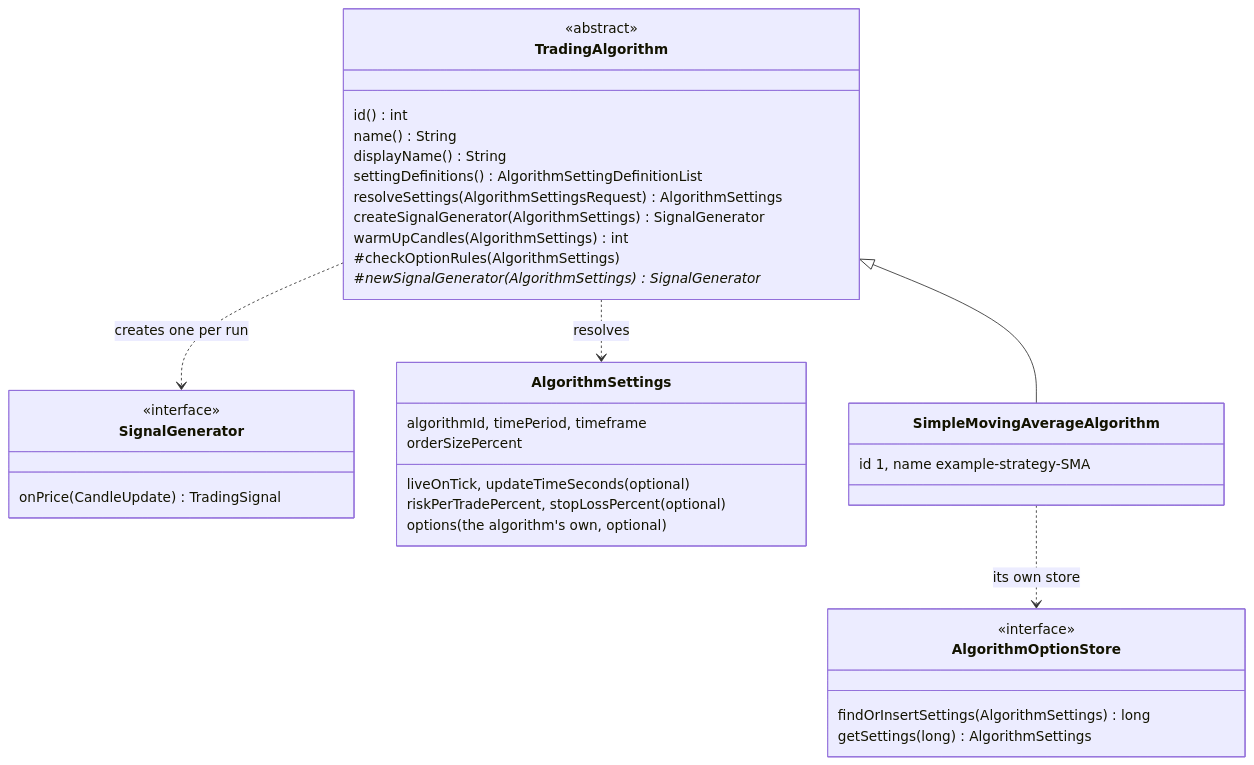
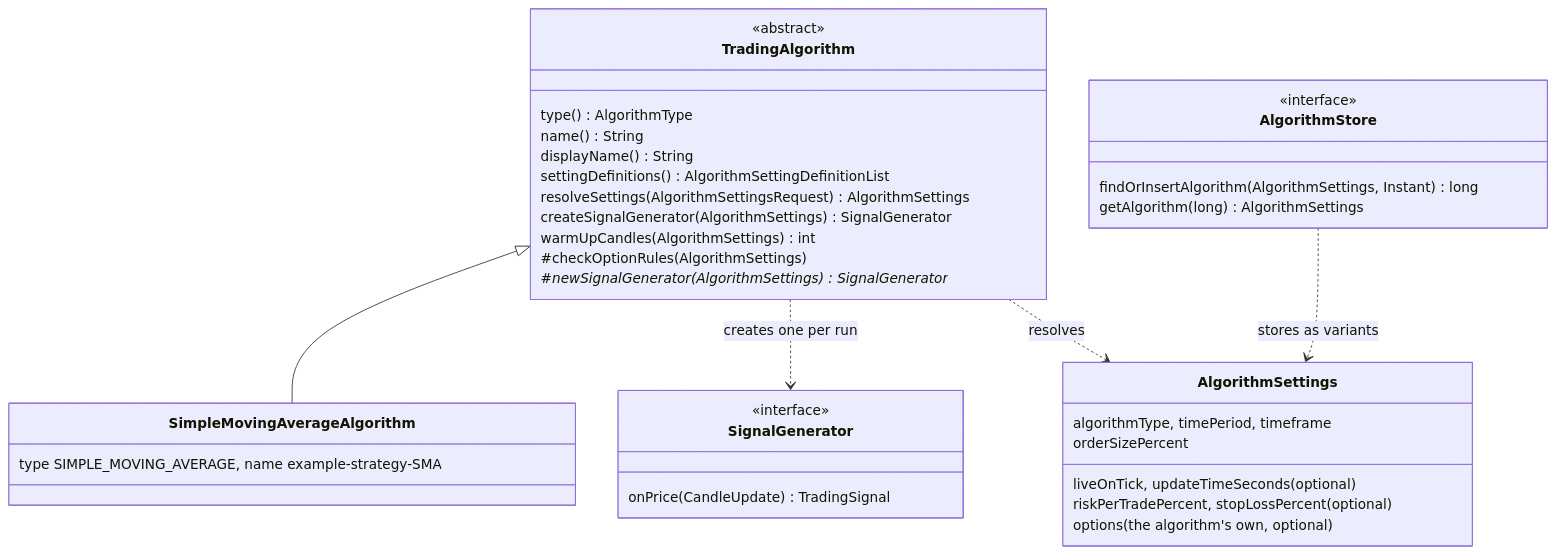
One commit to ShadowOfDiablo/t212-coding-task changed diagram 25 of 29 in docs/ARCHITECTURE.md. Above: the diagram before and after it, drawn with Mermaid. The commit also changed other lines of this file and 68 other files, not shown here.

First line of the commit message:
Feature/algorithm variants (#37)

````diff
--- a/docs/ARCHITECTURE.md
+++ b/docs/ARCHITECTURE.md
@@ -1117,38 +1117,38 @@
 ```mermaid
 classDiagram
     class TradingAlgorithm {
         <<abstract>>
-        id() int
+        type() AlgorithmType
         name() String
         displayName() String
         settingDefinitions() AlgorithmSettingDefinitionList
         resolveSettings(AlgorithmSettingsRequest) AlgorithmSettings
         createSignalGenerator(AlgorithmSettings) SignalGenerator
         warmUpCandles(AlgorithmSettings) int
         #checkOptionRules(AlgorithmSettings)
         #newSignalGenerator(AlgorithmSettings)* SignalGenerator
     }
     class SignalGenerator {
         <<interface>>
         onPrice(CandleUpdate) TradingSignal
     }
     class AlgorithmSettings {
-        algorithmId, timePeriod, timeframe
+        algorithmType, timePeriod, timeframe
         liveOnTick, updateTimeSeconds (optional)
         orderSizePercent
         riskPerTradePercent, stopLossPercent (optional)
         options (the algorithm's own, optional)
     }
-    class AlgorithmOptionStore {
+    class AlgorithmStore {
         <<interface>>
-        findOrInsertSettings(AlgorithmSettings) long
-        getSettings(long) AlgorithmSettings
+        findOrInsertAlgorithm(AlgorithmSettings, Instant) long
+        getAlgorithm(long) AlgorithmSettings
     }
     class SimpleMovingAverageAlgorithm {
-        id 1, name example-strategy-SMA
+        type SIMPLE_MOVING_AVERAGE, name example-strategy-SMA
     }
     TradingAlgorithm <|-- SimpleMovingAverageAlgorithm
     TradingAlgorithm ..> SignalGenerator : creates one per run
     TradingAlgorithm ..> AlgorithmSettings : resolves
-    SimpleMovingAverageAlgorithm ..> AlgorithmOptionStore : its own store
+    AlgorithmStore ..> AlgorithmSettings : stores as variants
 ```
````
